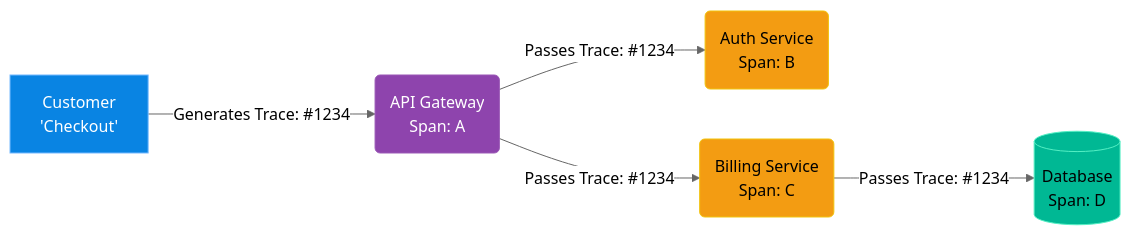
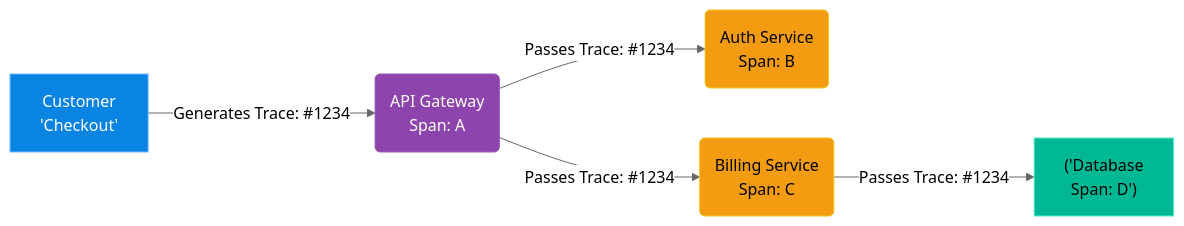
Before and after one commit to laxya911/linux-support-engineer-master-handbook: the diagram in volumes/volume-05-automation-cloud/chapters/V5-C15-distributed-tracing.md, drawn with Mermaid (neutral theme). The commit also changed 101 other files, not shown here.

Commit message:
Fix mermaid syntax across all chapters

````diff
--- a/volumes/volume-05-automation-cloud/chapters/V5-C15-distributed-tracing.md
+++ b/volumes/volume-05-automation-cloud/chapters/V5-C15-distributed-tracing.md
@@ -43,15 +43,15 @@
 ```mermaid
 flowchart LR
-    A[Customer \n 'Checkout'] -->|Generates Trace: #1234| B(API Gateway \n Span: A)
+    A["Customer \n 'Checkout'"] -->|"Generates Trace: #1234"| B(API Gateway \n Span: A)
     
-    B -->|Passes Trace: #1234| C(Auth Service \n Span: B)
-    B -->|Passes Trace: #1234| D(Billing Service \n Span: C)
+    B -->|"Passes Trace: #1234"| C(Auth Service \n Span: B)
+    B -->|"Passes Trace: #1234"| D(Billing Service \n Span: C)
     
-    D -->|Passes Trace: #1234| E[(Database \n Span: D)]
+    D -->|"Passes Trace: #1234"| E["('Database \n Span: D')"]
     
     style A fill:#0984e3,stroke:#74b9ff,color:#fff
     style B fill:#8e44ad,stroke:#9b59b6,color:#fff
     style C fill:#f39c12,stroke:#f1c40f,color:#000
     style D fill:#f39c12,stroke:#f1c40f,color:#000
     style E fill:#00b894,stroke:#55efc4,color:#000
 ```
````
